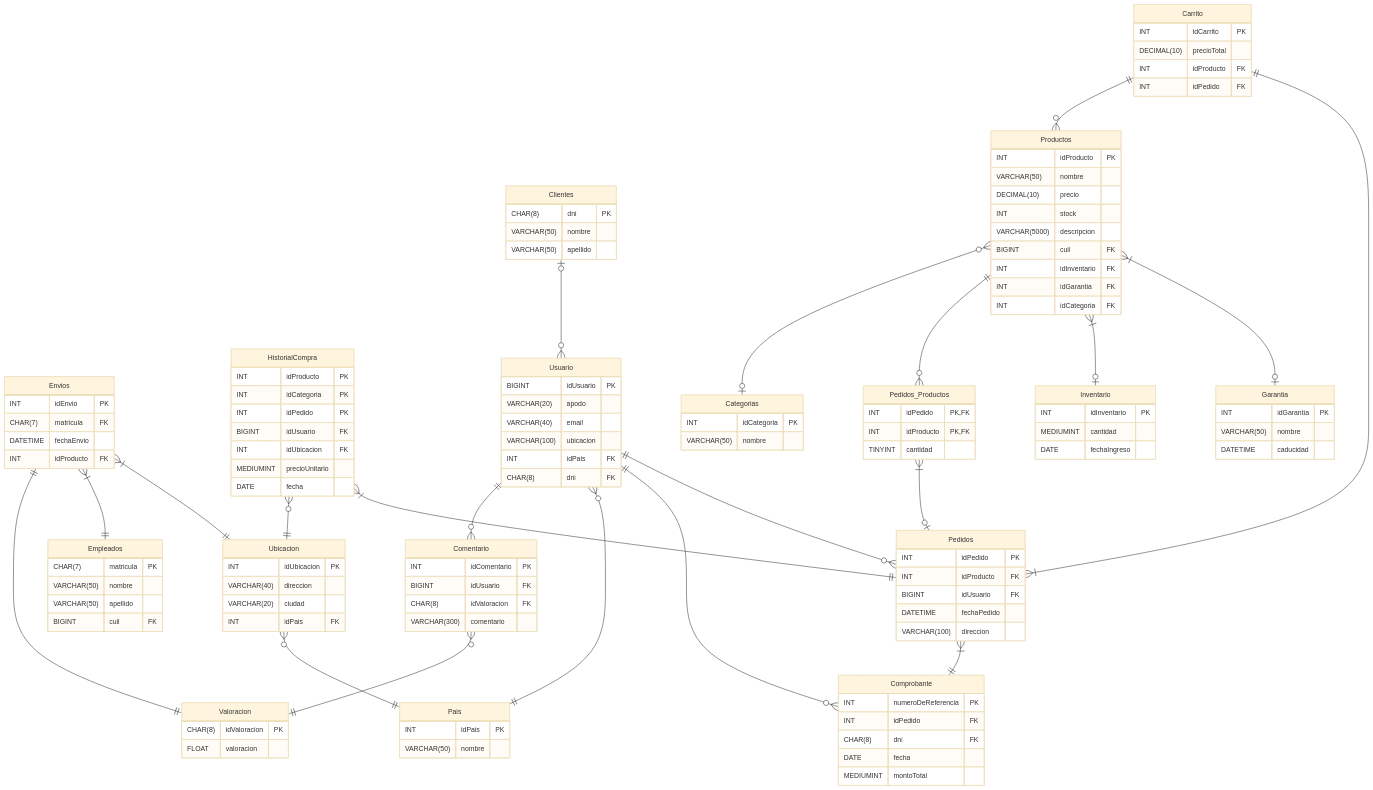
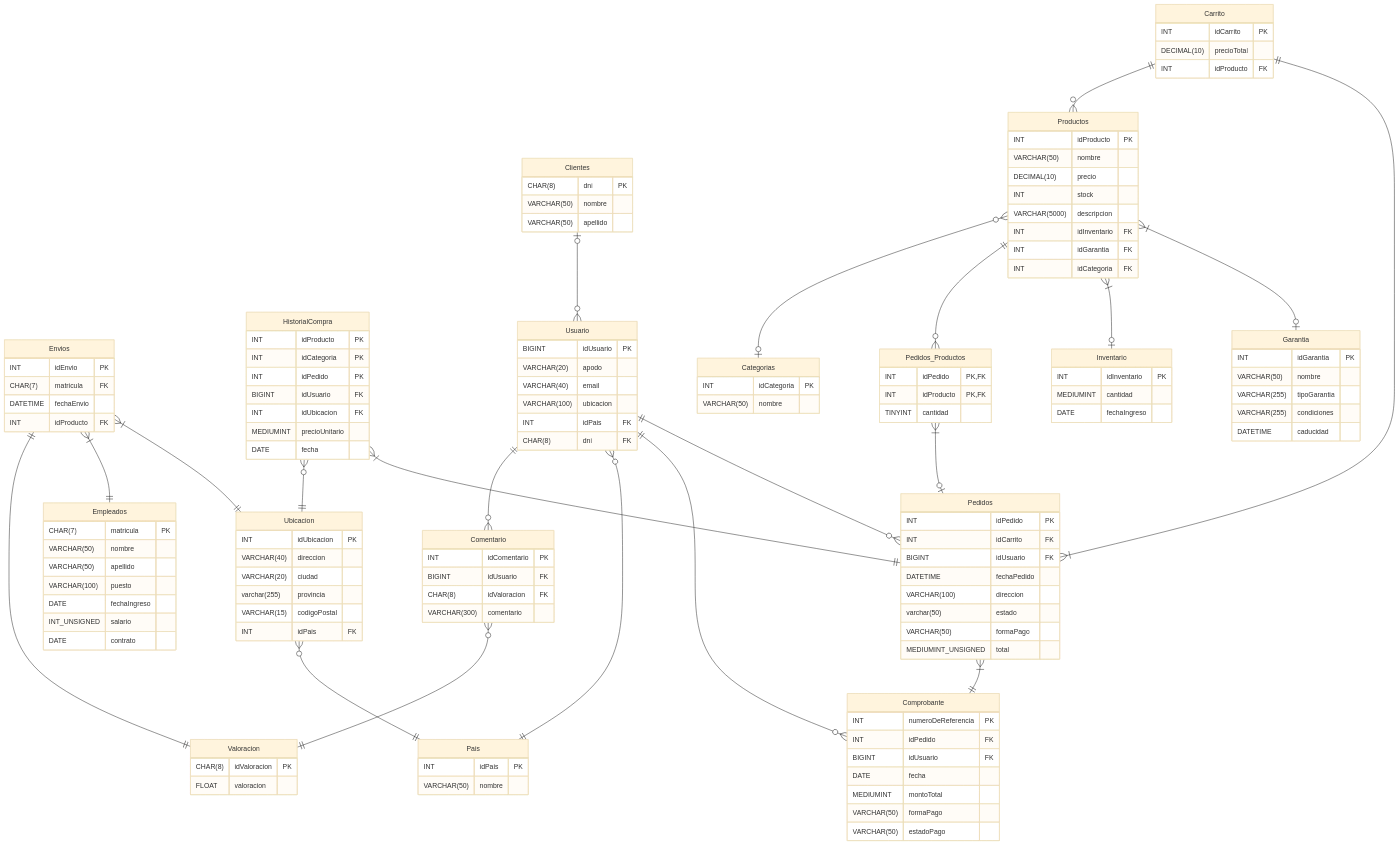
The diagram in README.md (Darkops56/BD_TiendaOnline), drawn with Mermaid (base theme) before and after one commit. The commit also changed 1 other file, not shown here.

Commit message:
TiendaOnline V1.3

```diff
--- a/README.md
+++ b/README.md
@@ -49,10 +49,13 @@
 
     Pedidos {
         INT idPedido PK
-        INT idProducto FK
+        INT idCarrito FK
         BIGINT idUsuario FK 
         DATETIME fechaPedido
         VARCHAR(100) direccion
+        varchar(50) estado  
+        VARCHAR(50) formaPago
+        MEDIUMINT_UNSIGNED total 
     }
 
     Productos {
@@ -61,7 +64,6 @@
         DECIMAL(10) precio
         INT stock
         VARCHAR(5000) descripcion
-        BIGINT cuil FK
         INT idInventario FK
         INT idGarantia FK 
         INT idCategoria FK
@@ -71,6 +73,8 @@
         INT idUbicacion PK
         VARCHAR(40) direccion
         VARCHAR(20) ciudad
+        varchar(255) provincia 
+        VARCHAR(15) codigoPostal
         INT idPais FK
     }
 
@@ -98,15 +102,20 @@
         CHAR(7) matricula PK
         VARCHAR(50) nombre
         VARCHAR(50) apellido
-        BIGINT cuil FK
+        VARCHAR(100) puesto
+        DATE fechaIngreso
+        INT_UNSIGNED salario
+        DATE contrato
     }
 
     Comprobante {
         INT numeroDeReferencia PK
         INT idPedido FK
-        CHAR(8) dni FK
+        BIGINT idUsuario FK
         DATE fecha
         MEDIUMINT montoTotal
+        VARCHAR(50) formaPago
+        VARCHAR(50) estadoPago 
     }
 
     Pedidos_Productos {
@@ -131,12 +140,13 @@
         INT idCarrito PK
         DECIMAL(10) precioTotal
         INT idProducto FK
-        INT idPedido FK
     }
 
     Garantia {
         INT idGarantia PK
         VARCHAR(50) nombre
+        VARCHAR(255) tipoGarantia
+        VARCHAR(255) condiciones
         DATETIME caducidad
     }
 
```
